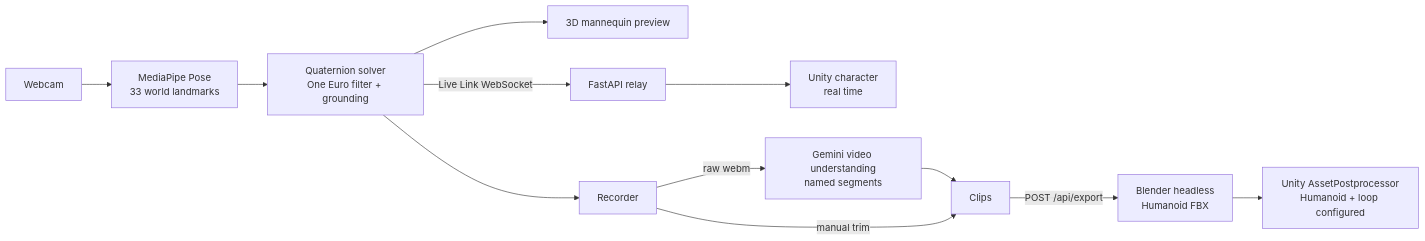
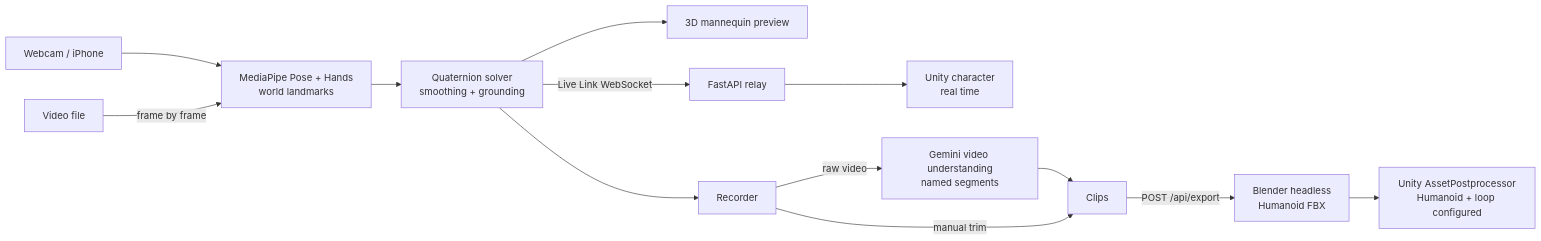
One commit to eric20041027/EmoteCap changed the diagram in README.md. Above: the diagram before and after it, drawn with Mermaid. The commit also changed other lines of this file and 5 other files, not shown here.

````diff
--- a/README.md
+++ b/README.md
@@ -25,13 +27,14 @@
 ```mermaid
 flowchart LR
-  cam[Webcam] --> mp[MediaPipe Pose<br/>33 world landmarks]
-  mp --> solver[Quaternion solver<br/>One Euro filter + grounding]
+  cam[Webcam / iPhone] --> mp[MediaPipe Pose + Hands<br/>world landmarks]
+  file[Video file] -->|frame by frame| mp
+  mp --> solver[Quaternion solver<br/>smoothing + grounding]
   solver --> preview[3D mannequin preview]
   solver -->|Live Link WebSocket| relay[FastAPI relay] --> live[Unity character<br/>real time]
   solver --> rec[Recorder]
-  rec -->|raw webm| gemini[Gemini video understanding<br/>named segments]
+  rec -->|raw video| gemini[Gemini video understanding<br/>named segments]
   gemini --> clips[Clips]
   rec -->|manual trim| clips
   clips -->|POST /api/export| blender[Blender headless<br/>Humanoid FBX]
   blender --> unity[Unity AssetPostprocessor<br/>Humanoid + loop configured]
 ```
````
